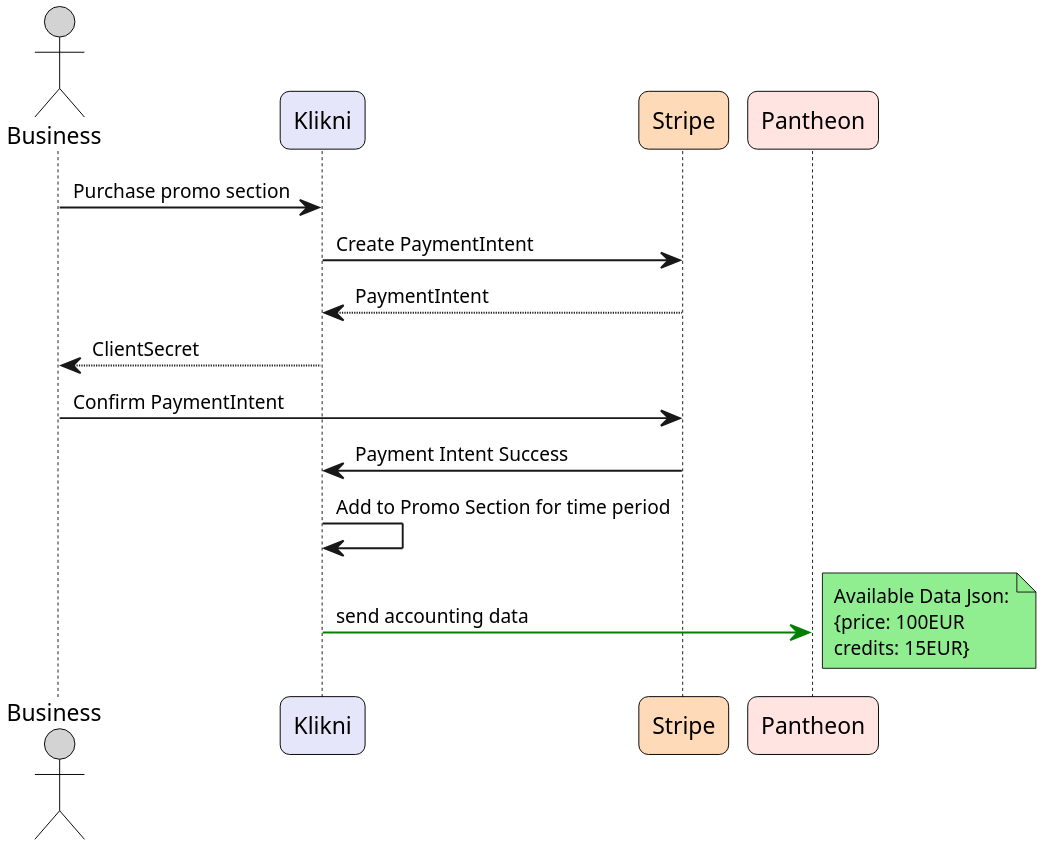
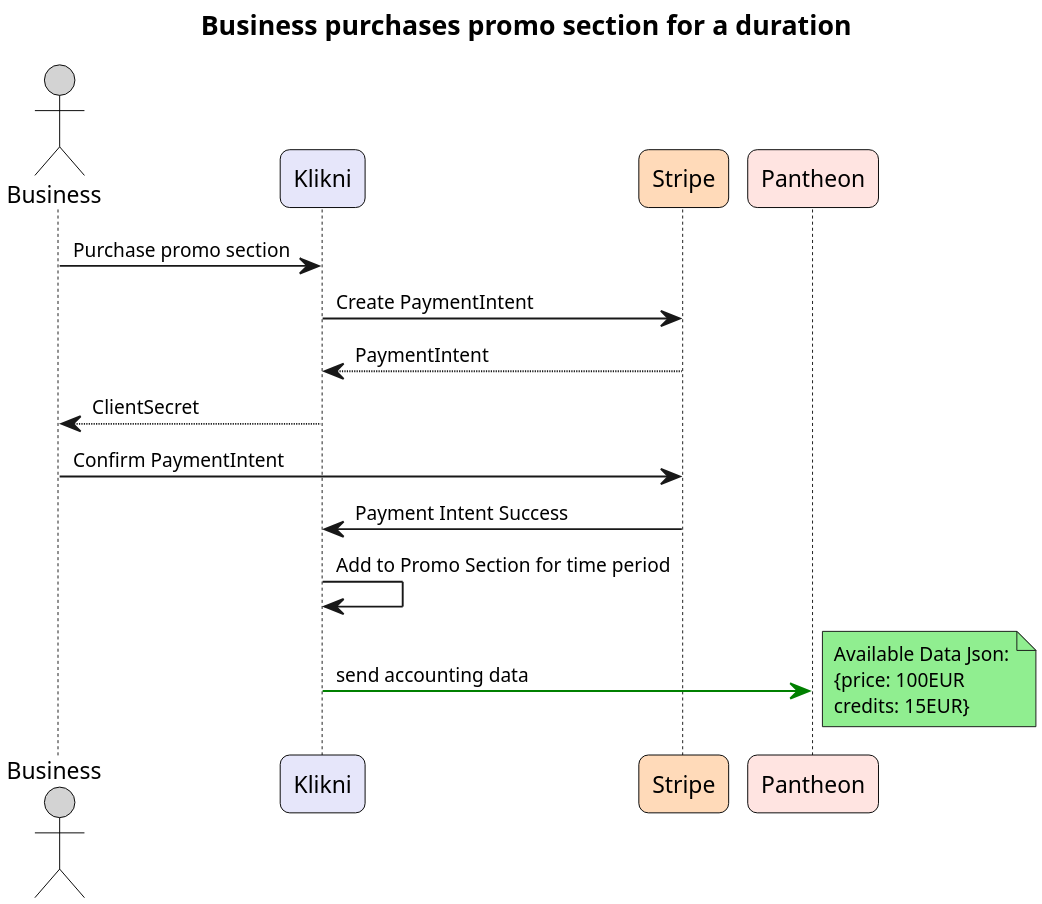
One commit to pbozic/be-analyisis changed the diagram in docs/docs/diagrams/Pantheon/Promo/PromoSection.puml. Above: the diagram before and after it, drawn with PlantUML. The commit also changed 24 other files, not shown here.

```diff
--- a/docs/docs/diagrams/Pantheon/Promo/PromoSection.puml
+++ b/docs/docs/diagrams/Pantheon/Promo/PromoSection.puml
@@ -1,54 +1,55 @@
-@startuml Klikni_Sequence_Diagram
+@startuml PromoSection
+title Business purchases promo section for a duration
 ' === Page / Resolution ===
 skinparam dpi 300
 
 ' === Compact Sequence Styling ===
 skinparam defaultFontSize 10
 skinparam sequence {
     MessageSpacing 15
     ParticipantSpacing 50
 }
 
 ' === Actor / Participant Styling ===
 skinparam actor {
     FontName Arial
     FontSize 12
     BorderColor Black
     BackgroundColor #ADD8E6
     RoundCorner 10
     MinWidth 120
     MinHeight 120
 }
 
 skinparam participant {
     FontName Arial
     FontSize 12
     BorderColor Black
     RoundCorner 10
     MinWidth 140
     MinHeight 100
 }
 
 ' === Participant Colors ===
 actor Business as business #D3D3D3
 participant Klikni as klikni #E6E6FA 
 participant Stripe as stripe #FFDAB9
 participant Pantheon as pantheon #FFE4E1
 
 ' === Sequence Example ===
 business -> klikni: Purchase promo section
 klikni -> stripe: Create PaymentIntent
 klikni <-- stripe: PaymentIntent
 business <-- klikni: ClientSecret
 business -> stripe: Confirm PaymentIntent
 stripe -> klikni: Payment Intent Success
 klikni -> klikni: Add to Promo Section for time period
 
 klikni -[#green]> pantheon: send accounting data
 note right#LightGreen 
 Available Data Json:
 {price: 100EUR
 credits: 15EUR}
 end note
 
 @enduml
```
